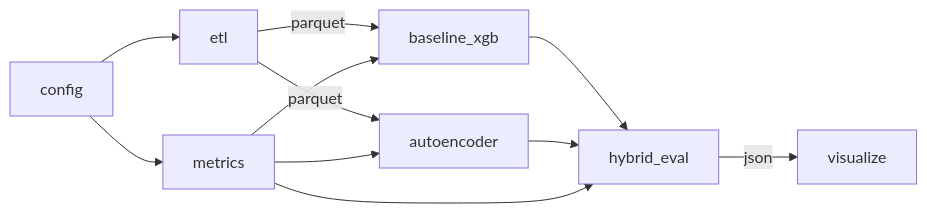
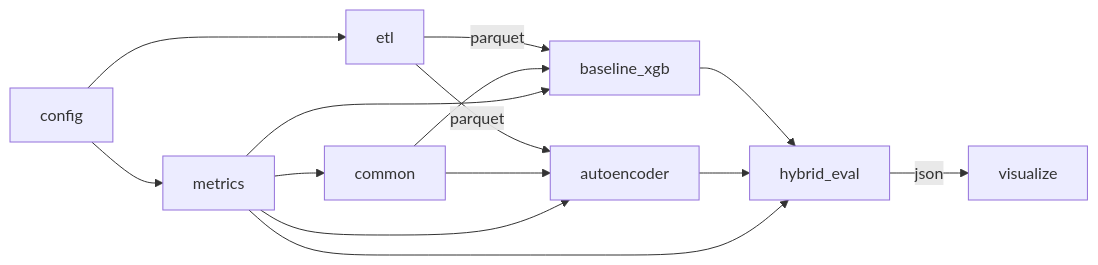
Before and after one commit to facupeletay/hybrid-nids-ml: the diagram in docs/03_logical_architecture.md, drawn with Mermaid. The commit also changed other lines of this file and 11 other files, not shown here.

````diff
--- a/docs/03_logical_architecture.md
+++ b/docs/03_logical_architecture.md
@@ -7,13 +7,16 @@
 ```mermaid
 flowchart LR
     config --> etl
     config --> metrics
     etl -->|parquet| baseline_xgb
     etl -->|parquet| autoencoder
     baseline_xgb --> hybrid_eval
     autoencoder --> hybrid_eval
+    common --> baseline_xgb
+    common --> autoencoder
+    metrics --> common
     metrics --> baseline_xgb
     metrics --> autoencoder
     metrics --> hybrid_eval
     hybrid_eval -->|json| visualize
 ```
````
